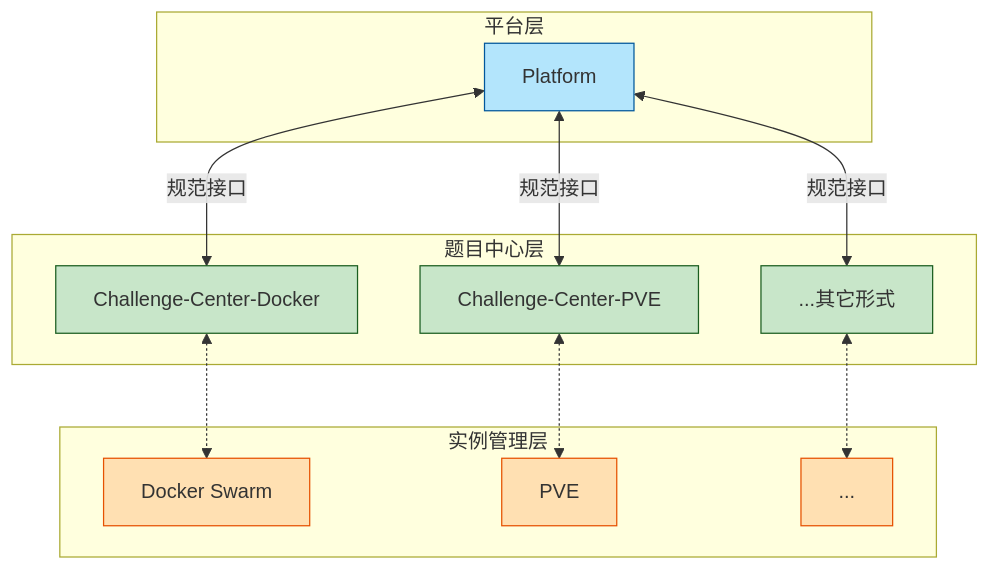
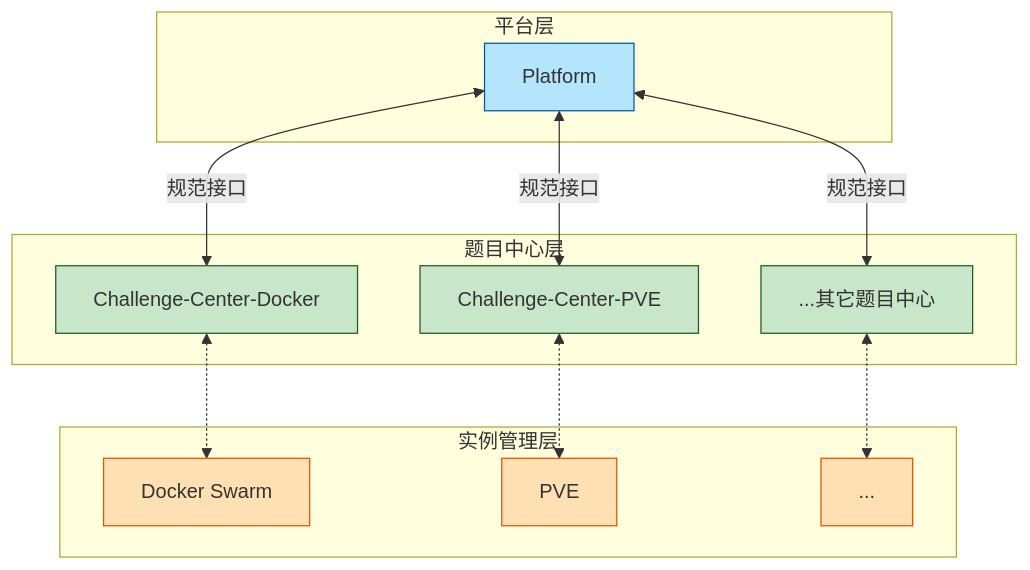
Before and after one commit to 7Hxz233/Cranberry-Document: the diagram in content/docs/blog/架构设计.md, drawn with Mermaid. The commit also changed other lines of this file and 4 other files, not shown here.

````diff
--- a/content/docs/blog/架构设计.md
+++ b/content/docs/blog/架构设计.md
@@ -12,40 +12,40 @@
 ```mermaid
 %% Cranberry 系统架构图
 %% 一个平台 ↔ 多个题目中心 ↔ 各自实例管理器（通讯方式不限）
 
 graph TD
     subgraph 平台层
         PF[Platform]
     end
 
     subgraph 题目中心层
         CC1[Challenge-Center-Docker]
         CC2[Challenge-Center-PVE]
-        CCn[...其它形式]
+        CCn[...其它题目中心]
     end
 
     subgraph 实例管理层
         IM1[Docker Swarm]
         IM2[PVE]
         IMn[...]
     end
 
     %% 平台与题目中心：规范接口
     PF <-->|规范接口| CC1
     PF <-->|规范接口| CC2
     PF <-->|规范接口| CCn
 
     %% 题目中心与实例管理器：通讯方式不限
     CC1 <-.-> IM1
     CC2 <-.-> IM2
     CCn <-.-> IMn
 
     %% 说明
     classDef plat fill:#b3e5fc,stroke:#01579b
     classDef cc   fill:#c8e6c9,stroke:#1b5e20
     classDef im   fill:#ffe0b2,stroke:#e65100
 
     class PF plat
     class CC1,CC2,CCn cc
     class IM1,IM2,IMn im
 ```
````
